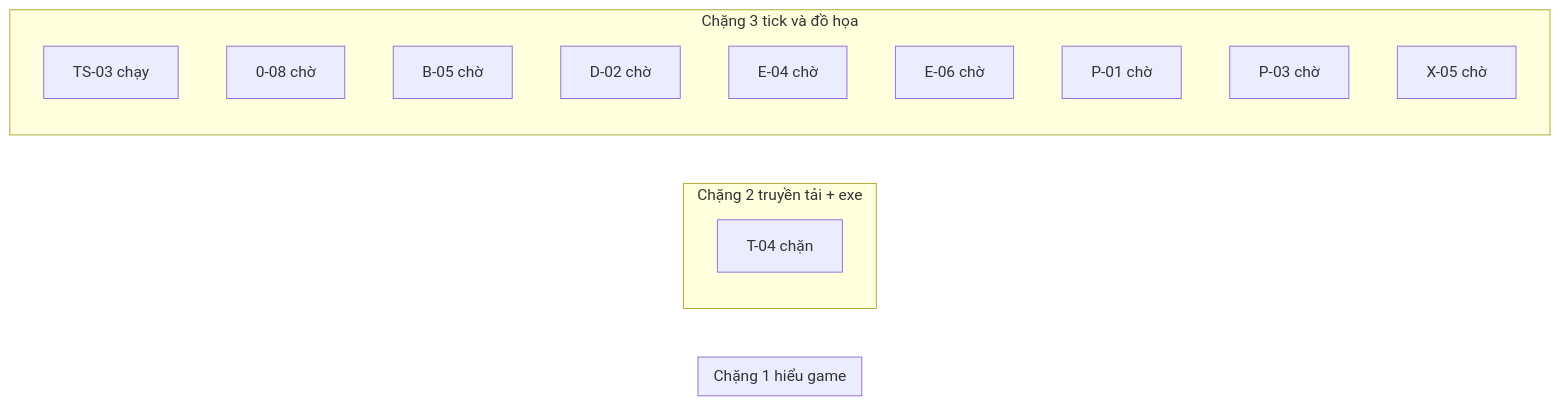
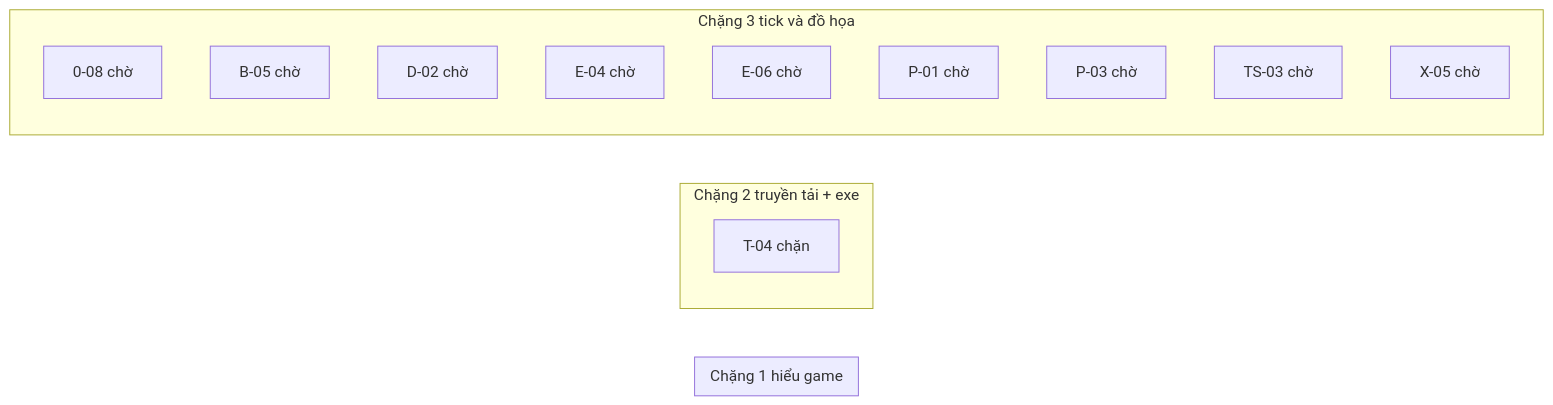
One commit to ndtangoss-dev/jx1-reports changed the diagram in JX1_OPS/STATE/TIEN-DO.md. Above: the diagram before and after it, drawn with Mermaid. The commit also changed other lines of this file and 1 other file, not shown here.

````diff
--- a/JX1_OPS/STATE/TIEN-DO.md
+++ b/JX1_OPS/STATE/TIEN-DO.md
@@ -9,19 +9,19 @@
 ```mermaid
 flowchart LR
   subgraph S1["Chặng 1 hiểu game"]
   end
   subgraph S2["Chặng 2 truyền tải + exe"]
     T_04["T-04 chặn"]
   end
   subgraph S3["Chặng 3 tick và đồ họa"]
-    TS_03["TS-03 chạy"]
     0_08["0-08 chờ"]
     B_05["B-05 chờ"]
     D_02["D-02 chờ"]
     E_04["E-04 chờ"]
     E_06["E-06 chờ"]
     P_01["P-01 chờ"]
     P_03["P-03 chờ"]
+    TS_03["TS-03 chờ"]
     X_05["X-05 chờ"]
   end
 ```
````
